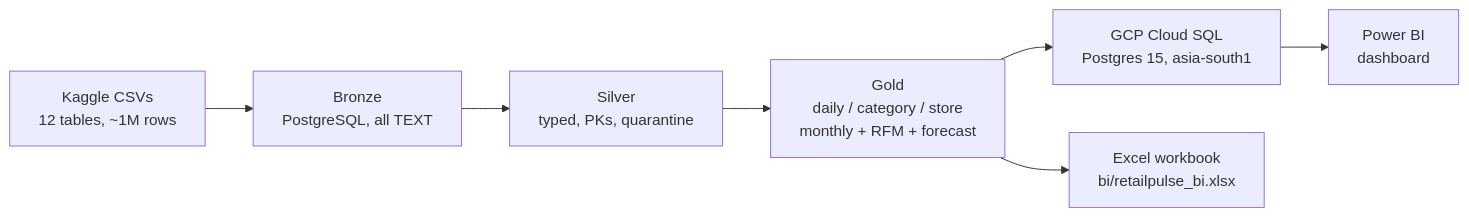
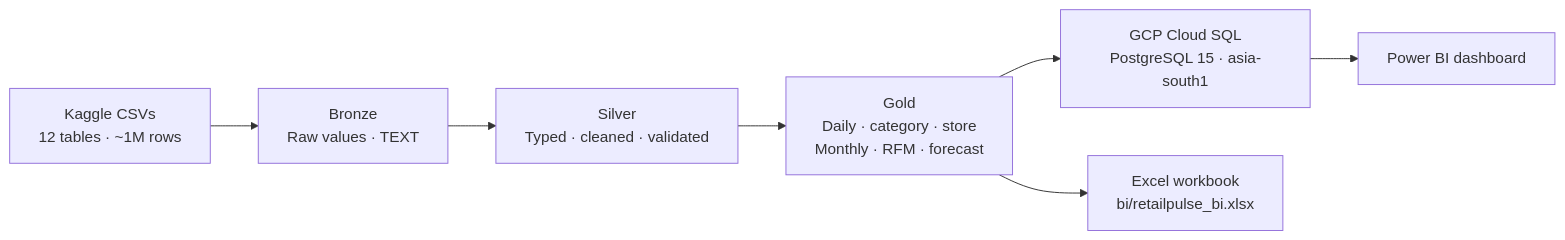
The diagram in README.md (Sauravn04/retailpulse), drawn with Mermaid before and after one commit. The commit also changed other lines of this file, not shown here.

````diff
--- a/README.md
+++ b/README.md
@@ -11,9 +46,9 @@
 ```mermaid
 flowchart LR
-    K[Kaggle CSVs<br/>12 tables, ~1M rows] --> B[Bronze<br/>PostgreSQL, all TEXT]
-    B --> S[Silver<br/>typed, PKs, quarantine]
-    S --> G[Gold<br/>daily / category / store<br/>monthly + RFM + forecast]
-    G --> C[GCP Cloud SQL<br/>Postgres 15, asia-south1]
-    C --> P[Power BI<br/>dashboard]
-    G --> X[Excel workbook<br/>bi/retailpulse_bi.xlsx]
+    K["Kaggle CSVs<br/>12 tables · ~1M rows"] --> B["Bronze<br/>Raw values · TEXT"]
+    B --> S["Silver<br/>Typed · cleaned · validated"]
+    S --> G["Gold<br/>Daily · category · store<br/>Monthly · RFM · forecast"]
+    G --> C["GCP Cloud SQL<br/>PostgreSQL 15 · asia-south1"]
+    C --> P["Power BI dashboard"]
+    G --> X["Excel workbook<br/>bi/retailpulse_bi.xlsx"]
 ```
````
